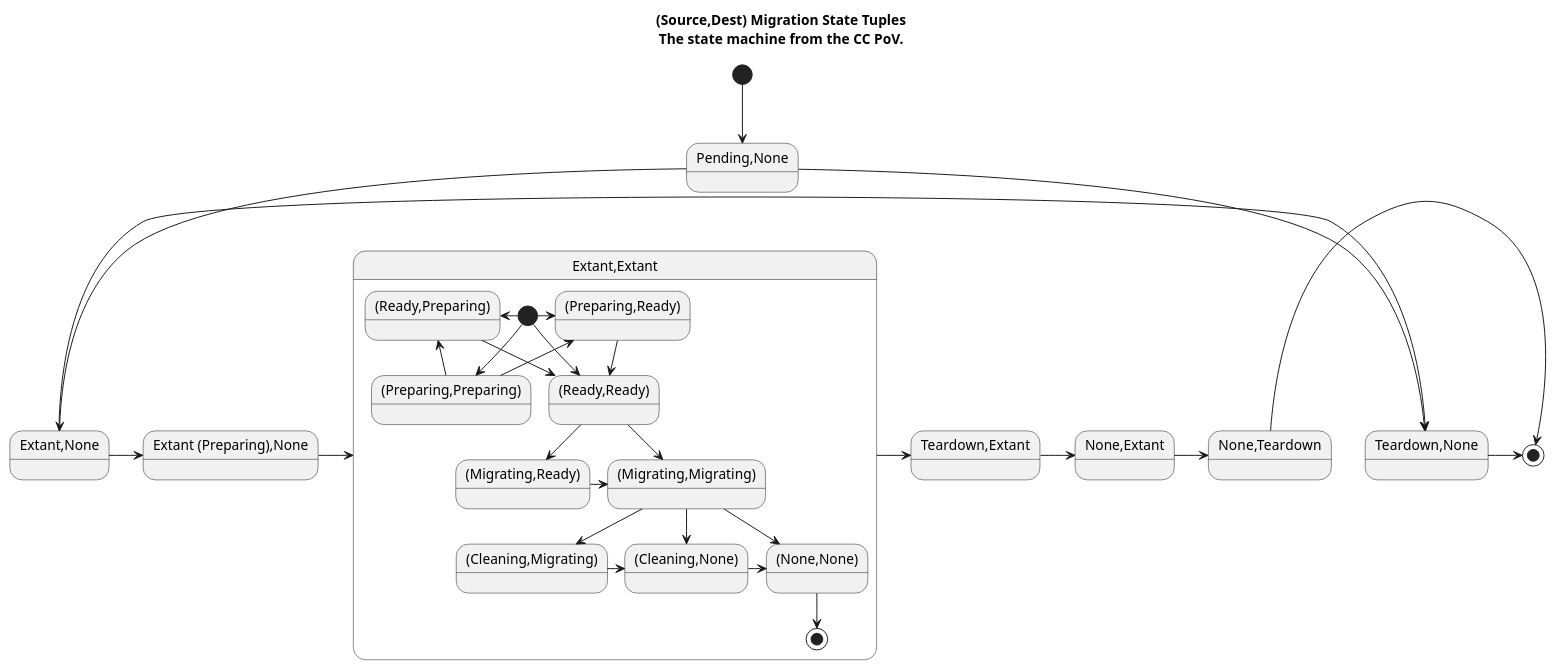
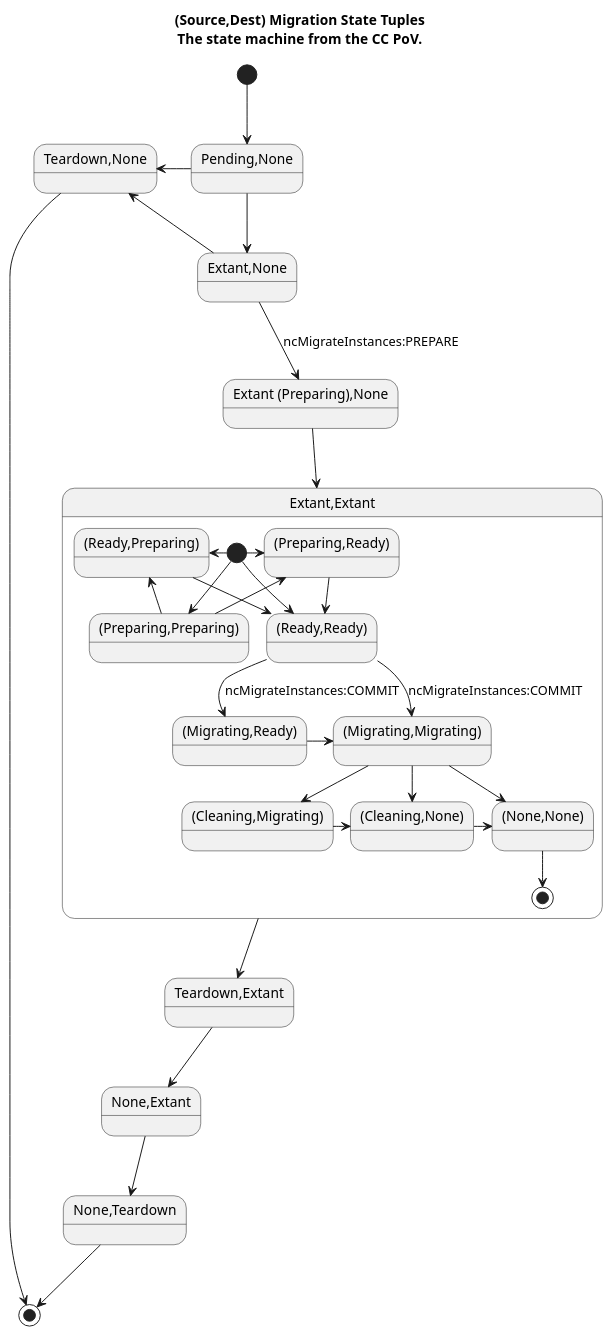
Before and after one commit to eucalyptus/architecture: the diagram in features/maintenance-mode/3.3/migration-cc-instance-state-machines.puml, drawn with PlantUML. The commit also changed 3 other files, not shown here.

Commit message:
drafts of migration mode state diagrams

```diff
--- a/features/maintenance-mode/3.3/migration-cc-instance-state-machines.puml
+++ b/features/maintenance-mode/3.3/migration-cc-instance-state-machines.puml
@@ -1,49 +1,49 @@
 @startuml
   title (Source,Dest) Migration State Tuples\nThe state machine from the CC PoV.
   state "Pending,None" as pendingNone
   state "Extant,None" as extantNone
   state "Teardown,None" as teardownNone
   state "Teardown,Extant" as teardownExtant
   state "None,Extant" as noneExtant
   state "None,Teardown" as noneTeardown
   state "Extant (Preparing),None" as preparingNone
   state "Extant,Extant" as extantExtant {
     state "(Preparing,Preparing)" as preparingPreparing
     state "(Ready,Ready)" as readyReady
     state "(Preparing,Ready)" as preparingReady
     state "(Ready,Preparing)" as readyPreparing
     state "(Migrating,Ready)" as migratingReady
     state "(Migrating,Migrating)" as migratingMigrating
     state "(Cleaning,Migrating)" as cleaningMigrating
     state "(Cleaning,None)" as cleaningNone
     state "(None,None)" as noneNone
     [*] -down-> preparingPreparing
     [*] -down-> readyReady
     [*] -right-> preparingReady
     [*] -left-> readyPreparing
     preparingPreparing -up-> preparingReady
     preparingPreparing -up-> readyPreparing
     preparingReady -down-> readyReady
     readyPreparing -down-> readyReady
-    readyReady -down-> migratingReady
-    readyReady -down-> migratingMigrating
+    readyReady -down-> migratingReady : ncMigrateInstances:COMMIT
+    readyReady -down-> migratingMigrating : ncMigrateInstances:COMMIT
     migratingReady -right-> migratingMigrating
     migratingMigrating -down-> cleaningMigrating
     migratingMigrating -down-> noneNone
     migratingMigrating -down-> cleaningNone
     cleaningNone -right-> noneNone
     cleaningMigrating -right-> cleaningNone
     noneNone -down-> [*]
   }
   [*] -down-> pendingNone
   pendingNone -down-> extantNone
-  pendingNone -> teardownNone
-  extantNone -> teardownNone
-  extantNone -> preparingNone
-  preparingNone -> extantExtant
-  extantExtant -> teardownExtant
-  teardownExtant -> noneExtant
-  noneExtant -> noneTeardown
-  noneTeardown -> [*]
-  teardownNone -> [*]
+  pendingNone -left-> teardownNone
+  extantNone -left-> teardownNone
+  extantNone -down-> preparingNone : ncMigrateInstances:PREPARE
+  preparingNone -down-> extantExtant
+  extantExtant -down-> teardownExtant
+  teardownExtant -down-> noneExtant
+  noneExtant -down-> noneTeardown
+  noneTeardown -down-> [*]
+  teardownNone -down-> [*]
 @enduml
```
